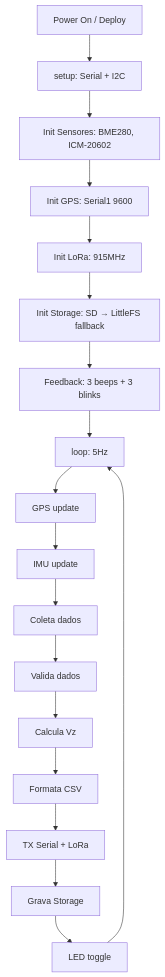
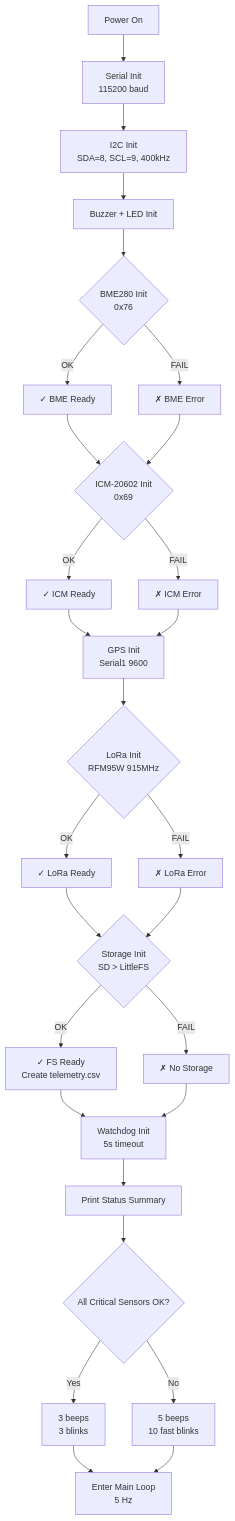
One commit to Serra-Rocketry/satellite changed the first of 6 diagrams in docs/flowchart.md. Above: the diagram before and after it, drawn with Mermaid. The commit also changed other lines of this file and 108 other files, not shown here.

````diff
--- a/docs/flowchart.md
+++ b/docs/flowchart.md
@@ -5,20 +5,31 @@
 ```mermaid
 flowchart TD
-    A[Power On / Deploy] --> B[setup: Serial + I2C]
-    B --> C[Init Sensores: BME280, ICM-20602]
-    C --> D[Init GPS: Serial1 9600]
-    D --> E[Init LoRa: 915MHz]
-    E --> F[Init Storage: SD → LittleFS fallback]
-    F --> G[Feedback: 3 beeps + 3 blinks]
-    G --> H[loop: 5Hz]
-    H --> I[GPS update]
-    I --> J[IMU update]
-    J --> K[Coleta dados]
-    K --> L[Valida dados]
-    L --> M[Calcula Vz]
-    M --> N[Formata CSV]
-    N --> O[TX Serial + LoRa]
-    O --> P[Grava Storage]
-    P --> Q[LED toggle]
-    Q --> H
+    START[Power On] --> SERIAL[Serial Init\n115200 baud]
+    SERIAL --> I2C[I2C Init\nSDA=8, SCL=9, 400kHz]
+    I2C --> ACT[Buzzer + LED Init]
+    ACT --> BME{BME280 Init\n0x76}
+    BME -->|OK| BME_OK[✓ BME Ready]
+    BME -->|FAIL| BME_FAIL[✗ BME Error]
+    BME_OK --> ICM{ICM-20602 Init\n0x69}
+    BME_FAIL --> ICM
+    ICM -->|OK| ICM_OK[✓ ICM Ready]
+    ICM -->|FAIL| ICM_FAIL[✗ ICM Error]
+    ICM_OK --> GPS[GPS Init\nSerial1 9600]
+    ICM_FAIL --> GPS
+    GPS --> LORA{LoRa Init\nRFM95W 915MHz}
+    LORA -->|OK| LORA_OK[✓ LoRa Ready]
+    LORA -->|FAIL| LORA_FAIL[✗ LoRa Error]
+    LORA_OK --> FS{Storage Init\nSD > LittleFS}
+    LORA_FAIL --> FS
+    FS -->|OK| FS_OK[✓ FS Ready\nCreate telemetry.csv]
+    FS -->|FAIL| FS_FAIL[✗ No Storage]
+    FS_OK --> WDT[Watchdog Init\n5s timeout]
+    FS_FAIL --> WDT
+    WDT --> STATUS[Print Status Summary]
+    STATUS --> FB{All Critical Sensors OK?}
+    FB -->|Yes| STARTUP_BEEP[3 beeps\n3 blinks]
+    FB -->|No| ERROR_BEEP[5 beeps\n10 fast blinks]
+    STARTUP_BEEP --> LOOP
+    ERROR_BEEP --> LOOP
+    LOOP[Enter Main Loop\n5 Hz]
 ```
````
